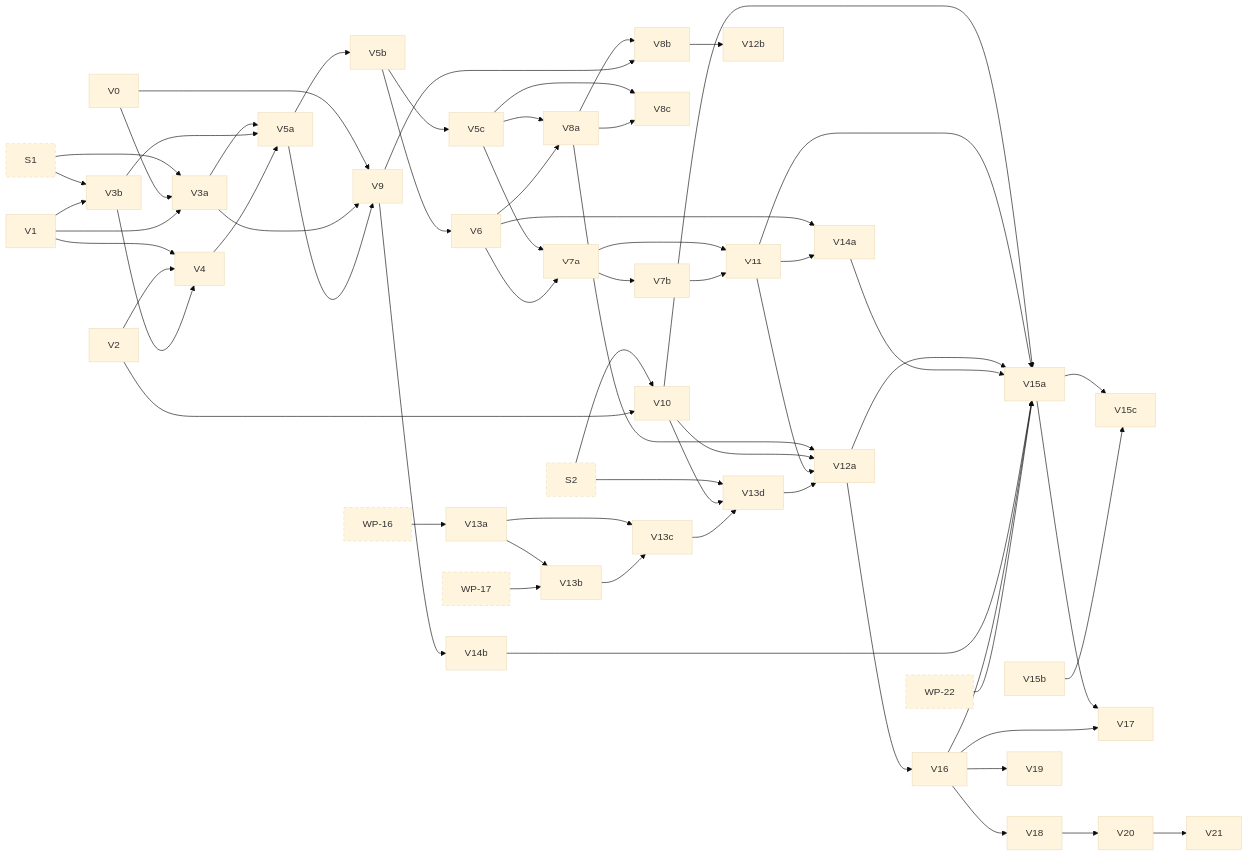
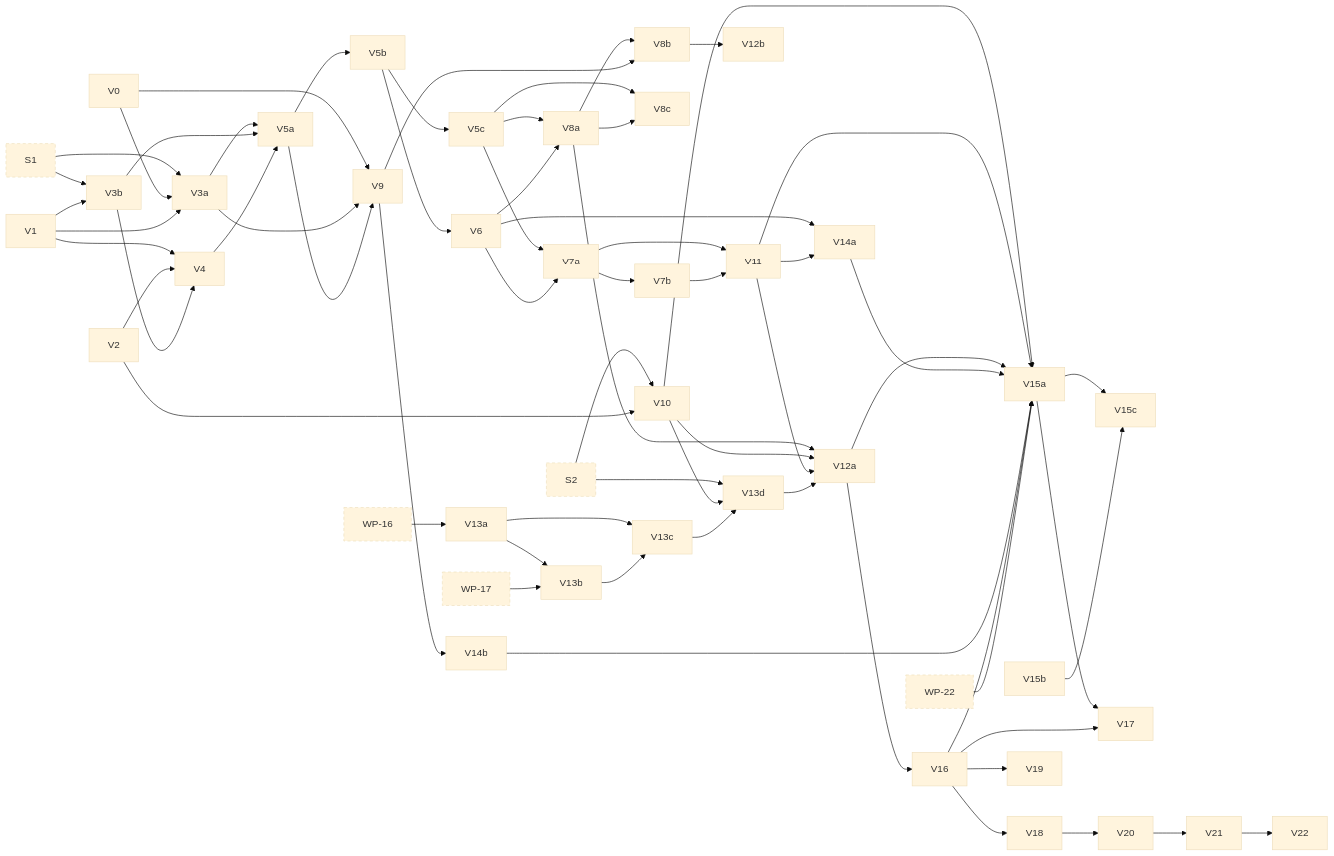
Before and after one commit to jhoblitt/rgw-go: the fourth of 11 diagrams in docs/superpowers/plans/2026-10-13-phase-2/dependencies.md, drawn with Mermaid (base theme). The commit also changed 2 other files, not shown here.

Commit message:
docs(plan): add V22, a replay's removal keeps a version a later link lands on
V21's adversarial review found that a link landing after a replay has
read the OLH log, and before that replay removes the version, still
leaves a list entry naming a version whose head and instance entry are
gone. It is pre-existing on main and outside V21's change, so it is
numbered here before V21 merges (PP-12).

```diff
--- a/docs/superpowers/plans/2026-10-13-phase-2/dependencies.md
+++ b/docs/superpowers/plans/2026-10-13-phase-2/dependencies.md
@@ -258,6 +258,7 @@
   t_V19["V19"]
   t_V20["V20"]
   t_V21["V21"]
+  t_V22["V22"]
   t_S1["S1"]:::ext
   t_S2["S2"]:::ext
   t_WP_16["WP-16"]:::ext
@@ -325,6 +326,7 @@
   t_V16 --> t_V19
   t_V18 --> t_V20
   t_V20 --> t_V21
+  t_V21 --> t_V22
   click t_V0 href "https://github.com/jhoblitt/rgw-go/blob/main/docs/superpowers/plans/2026-10-13-phase-2/V-versioning.md#task-v0-a-failed-class-call-keeps-its-output" "V0: a failed class call keeps its output"
   click t_V1 href "https://github.com/jhoblitt/rgw-go/blob/main/docs/superpowers/plans/2026-10-13-phase-2/V-versioning.md#task-v1-clsrgw-olh-methods-bi_get-and-the-index-key-encoders" "V1: cls/rgw OLH methods, `bi_get` and the index key encoders"
   click t_V2 href "https://github.com/jhoblitt/rgw-go/blob/main/docs/superpowers/plans/2026-10-13-phase-2/V-versioning.md#task-v2-meta-olh-head-types-and-bucket-helpers" "V2: meta OLH head types and bucket helpers"
@@ -360,6 +362,7 @@
   click t_V19 href "https://github.com/jhoblitt/rgw-go/blob/main/docs/superpowers/plans/2026-10-13-phase-2/V-versioning.md#task-v19-another-requests-replay-keeps-a-versioned-deletes-object-lock-guard" "V19: another request's replay keeps a versioned delete's object-lock guard"
   click t_V20 href "https://github.com/jhoblitt/rgw-go/blob/main/docs/superpowers/plans/2026-10-13-phase-2/V-versioning.md#task-v20-a-key-left-with-an-olh-entry-pending-removal-stays-listable" "V20: a key left with an OLH entry pending removal stays listable"
   click t_V21 href "https://github.com/jhoblitt/rgw-go/blob/main/docs/superpowers/plans/2026-10-13-phase-2/V-versioning.md#task-v21-a-replay-keeps-a-version-a-later-link-of-the-same-log-names" "V21: a replay keeps a version a later link of the same log names"
+  click t_V22 href "https://github.com/jhoblitt/rgw-go/blob/main/docs/superpowers/plans/2026-10-13-phase-2/V-versioning.md#task-v22-a-replays-removal-keeps-a-version-a-link-lands-on-after-the-replay-read-the-log" "V22: a replay's removal keeps a version a link lands on after the replay read the log"
   click t_S1 href "https://github.com/jhoblitt/rgw-go/blob/main/docs/superpowers/plans/2026-10-13-phase-2/00-index.md#task-s1-fakeradoss-rgw-class-as-method-tables" "S1: fakerados's rgw class as method tables"
   click t_S2 href "https://github.com/jhoblitt/rgw-go/blob/main/docs/superpowers/plans/2026-10-13-phase-2/00-index.md#task-s2-route-sets-per-feature-and-the-env-slots" "S2: route sets per feature and the Env slots"
   click t_WP_16 href "https://github.com/jhoblitt/rgw-go/blob/main/docs/superpowers/plans/2026-10-13-phase-2/WP-write-path.md#task-wp-16-the-otp-class-client" "WP-16: the otp class client"
```
